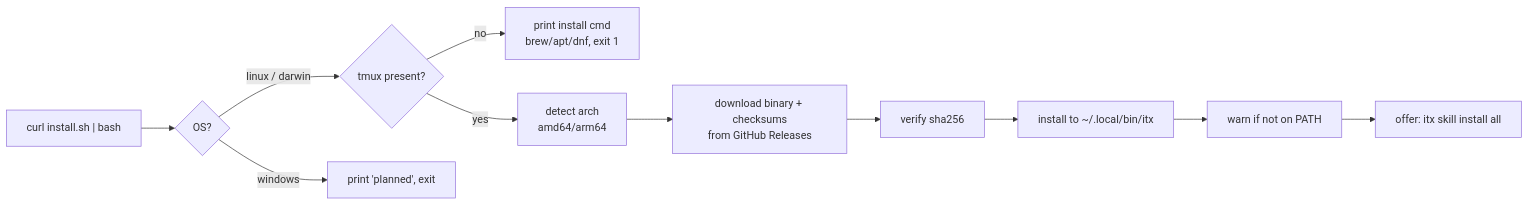
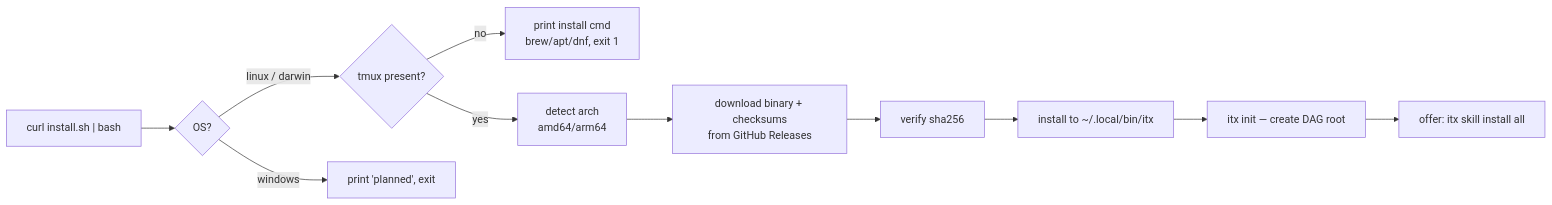
The fourth of 7 diagrams in design/arch.md (ric03uec/itx), drawn with Mermaid before and after one commit. The commit also changed other lines of this file and 4 other files, not shown here.

````diff
--- a/design/arch.md
+++ b/design/arch.md
@@ -86,13 +142,13 @@
 ```mermaid
 flowchart LR
     A["curl install.sh | bash"] --> B{"OS?"}
     B -->|linux / darwin| C{"tmux present?"}
     B -->|windows| Z["print 'planned', exit"]
     C -->|no| Y["print install cmd<br/>brew/apt/dnf, exit 1"]
     C -->|yes| D["detect arch<br/>amd64/arm64"]
     D --> E["download binary + checksums<br/>from GitHub Releases"]
     E --> F["verify sha256"]
     F --> G["install to ~/.local/bin/itx"]
-    G --> H["warn if not on PATH"]
+    G --> H["itx init — create DAG root"]
     H --> I["offer: itx skill install all"]
 ```
````
